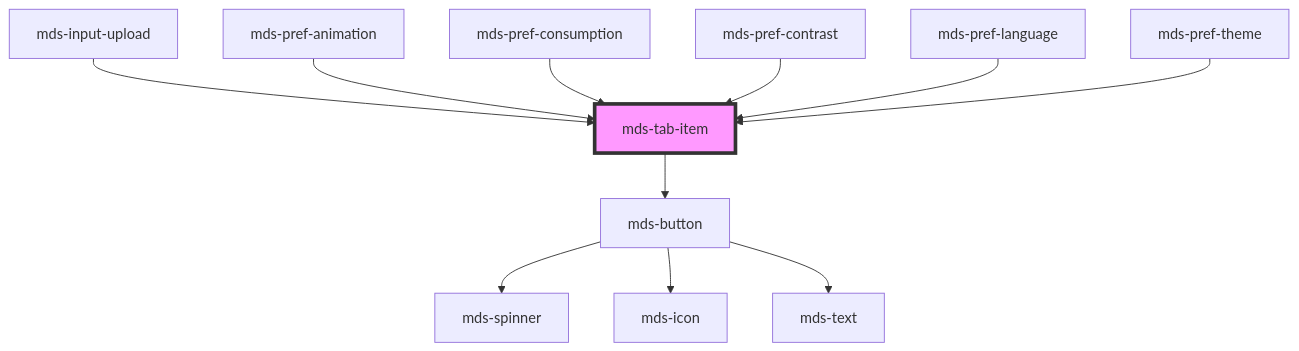
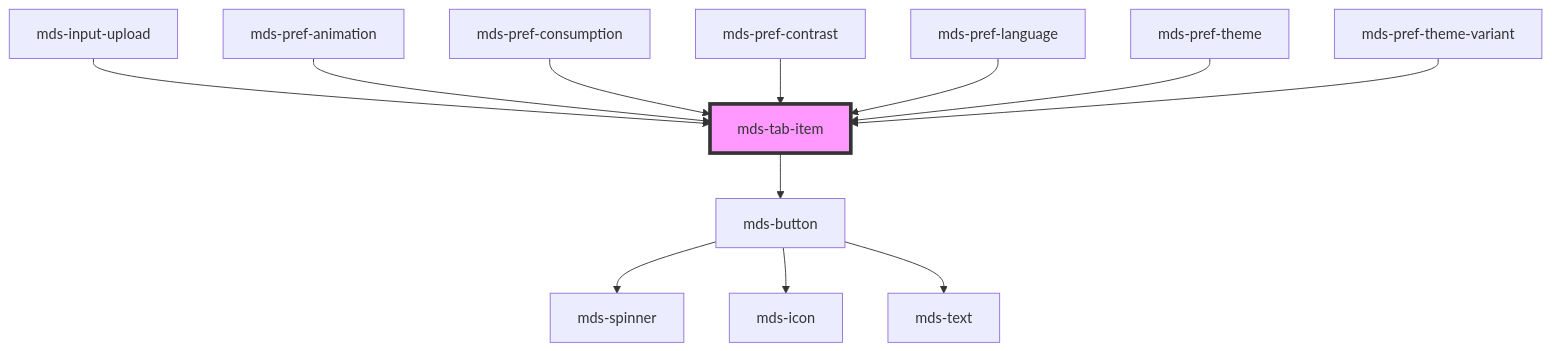
One commit to magma-design-system/magma changed the diagram in projects/stencil/src/components/mds-tab-item/readme.md. Above: the diagram before and after it, drawn with Mermaid. The commit also changed other lines of this file and 3 other files, not shown here.

Commit message:
style(mds-tab): update new scheme styles

````diff
--- a/projects/stencil/src/components/mds-tab-item/readme.md
+++ b/projects/stencil/src/components/mds-tab-item/readme.md
@@ -63,14 +64,15 @@
 ```mermaid
 graph TD;
   mds-tab-item --> mds-button
   mds-button --> mds-spinner
   mds-button --> mds-icon
   mds-button --> mds-text
   mds-input-upload --> mds-tab-item
   mds-pref-animation --> mds-tab-item
   mds-pref-consumption --> mds-tab-item
   mds-pref-contrast --> mds-tab-item
   mds-pref-language --> mds-tab-item
   mds-pref-theme --> mds-tab-item
+  mds-pref-theme-variant --> mds-tab-item
   style mds-tab-item fill:#f9f,stroke:#333,stroke-width:4px
 ```
````
